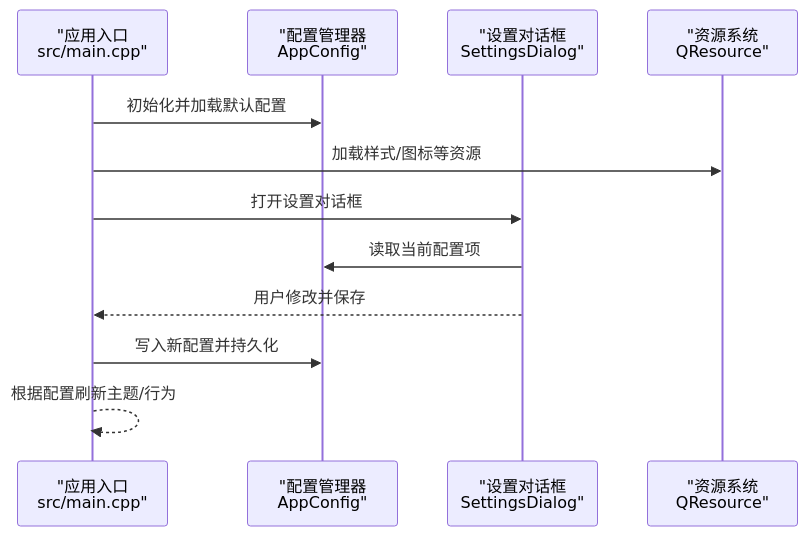
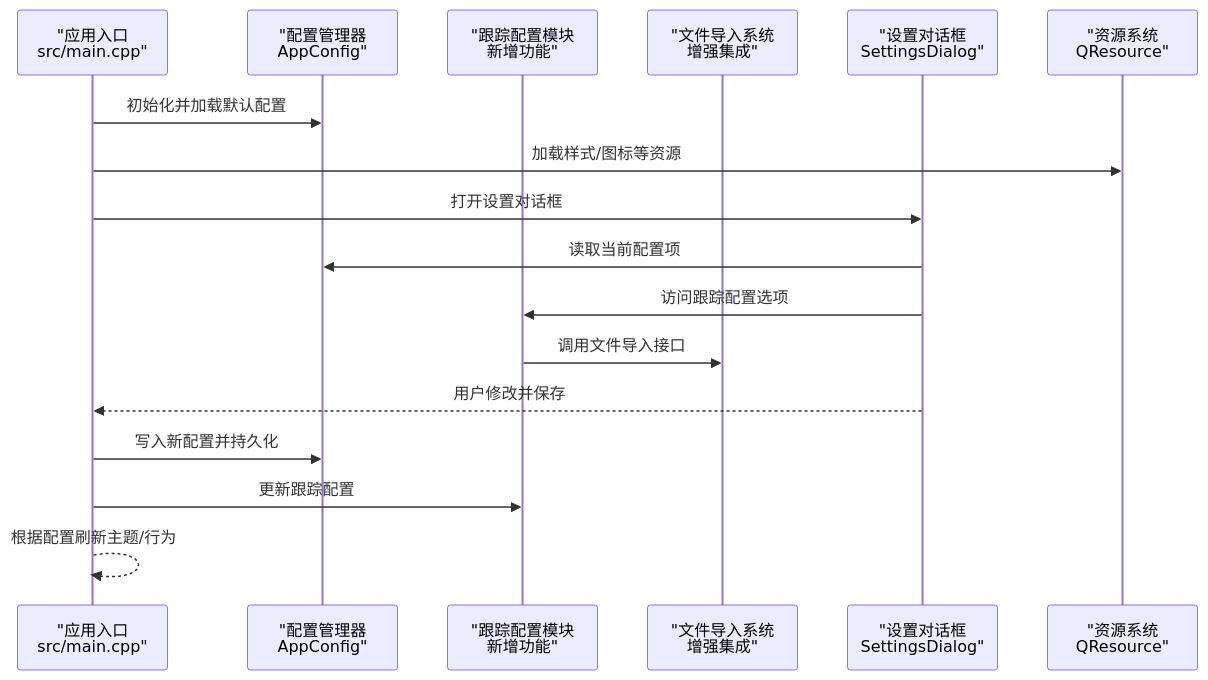
One commit to jakecai1225-design/OpenBus changed the second of 6 diagrams in .qoder/repowiki/zh/content/核心模块详解/配置管理系统.md. Above: the diagram before and after it, drawn with Mermaid. The commit also changed other lines of this file and 18 other files, not shown here.

````diff
--- a/.qoder/repowiki/zh/content/核心模块详解/配置管理系统.md
+++ b/.qoder/repowiki/zh/content/核心模块详解/配置管理系统.md
@@ -89,14 +103,19 @@
 ```mermaid
 sequenceDiagram
 participant App as "应用入口<br/>src/main.cpp"
 participant Cfg as "配置管理器<br/>AppConfig"
+participant Track as "跟踪配置模块<br/>新增功能"
+participant Import as "文件导入系统<br/>增强集成"
 participant UI as "设置对话框<br/>SettingsDialog"
 participant Res as "资源系统<br/>QResource"
 App->>Cfg : 初始化并加载默认配置
 App->>Res : 加载样式/图标等资源
 App->>UI : 打开设置对话框
 UI->>Cfg : 读取当前配置项
+UI->>Track : 访问跟踪配置选项
+Track->>Import : 调用文件导入接口
 UI-->>App : 用户修改并保存
 App->>Cfg : 写入新配置并持久化
+App->>Track : 更新跟踪配置
 App-->>App : 根据配置刷新主题/行为
 ```
````
